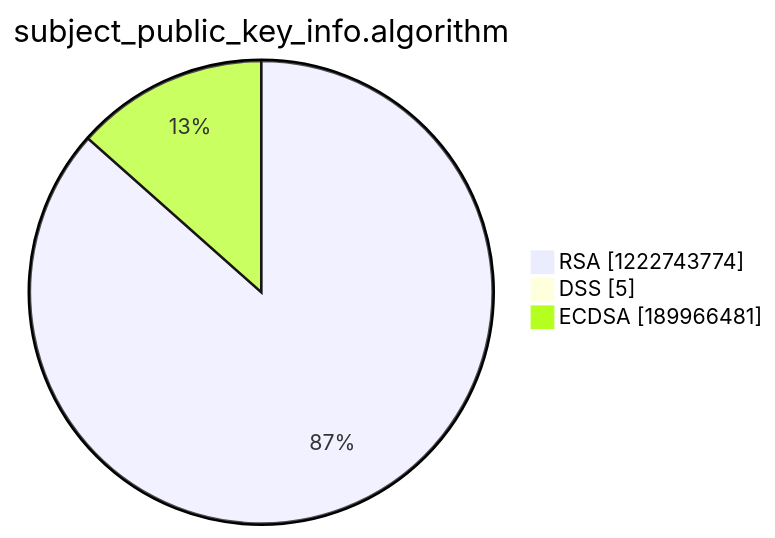
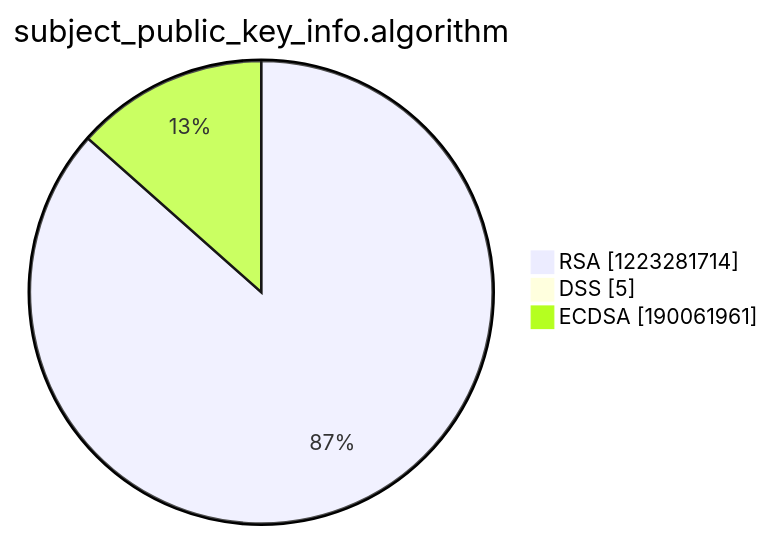
Before and after one commit to christiankrug/ctmonitor_visualization: the third of 15 diagrams in argon2022/README.md, drawn with Mermaid. The commit also changed other lines of this file, not shown here.

````diff
--- a/argon2022/README.md
+++ b/argon2022/README.md
@@ -14,7 +14,7 @@
 ```mermaid
 pie showData
 title subject_public_key_info.algorithm
-"RSA" :1222743774
+"RSA" :1223281714
 "DSS" :5
-"ECDSA" :189966481
+"ECDSA" :190061961
 ```
````
